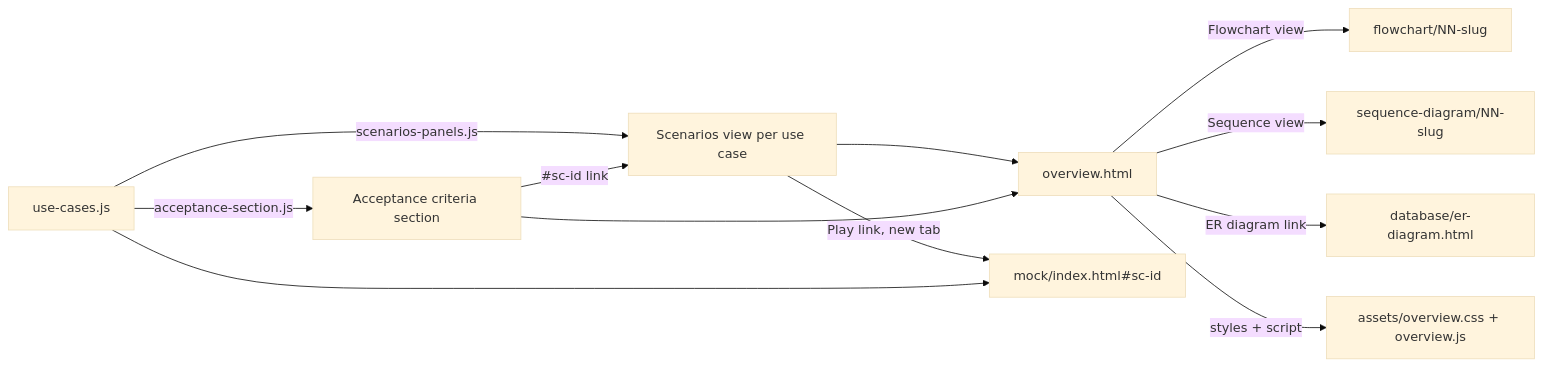
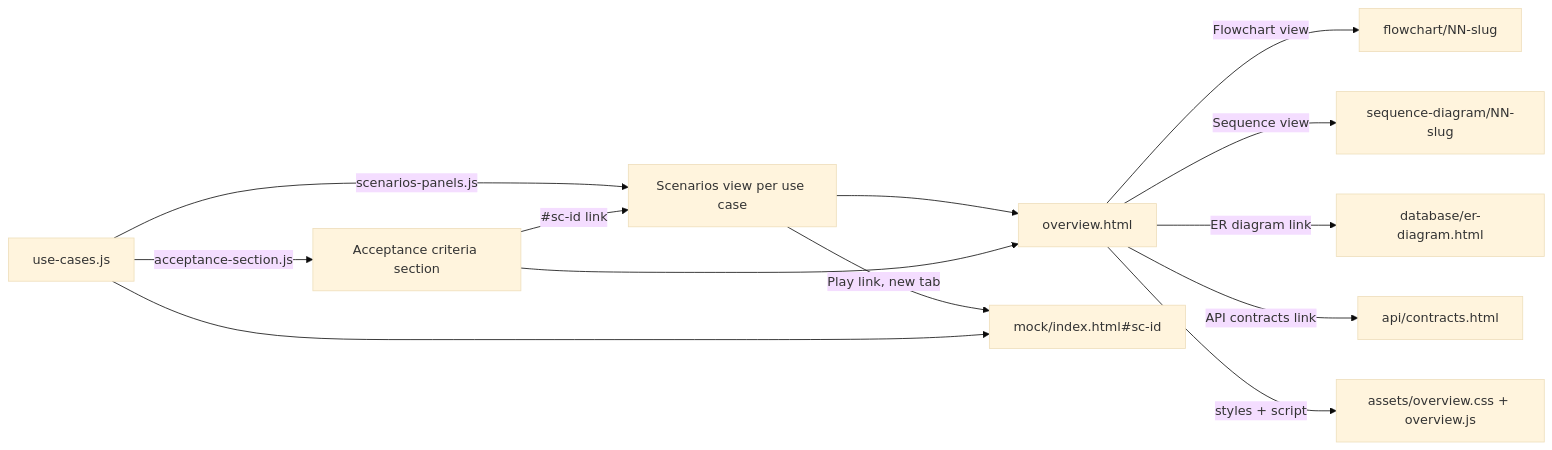
One commit to naphatwx/naphatwx-tools changed the third of 3 diagrams in plugins/naphatwx-tools/skills/design-feature/README.md. Above: the diagram before and after it, drawn with Mermaid (base theme). The commit also changed other lines of this file and 9 other files, not shown here.

First line of the commit message:
feat(design-feature): API contracts as their own board page

````diff
--- a/plugins/naphatwx-tools/skills/design-feature/README.md
+++ b/plugins/naphatwx-tools/skills/design-feature/README.md
@@ -72,14 +72,15 @@
 ```mermaid
 graph LR
     OV[overview.html] -->|"Flowchart view"| FC["flowchart/NN-slug"]
     OV -->|"Sequence view"| SQ["sequence-diagram/NN-slug"]
     OV -->|"ER diagram link"| ER[database/er-diagram.html]
+    OV -->|"API contracts link"| API[api/contracts.html]
     UCJ[use-cases.js] -->|scenarios-panels.js| SC["Scenarios view per use case"]
     UCJ -->|acceptance-section.js| AC["Acceptance criteria section"]
     SC --> OV
     AC --> OV
     AC -->|"#sc-id link"| SC
     SC -->|"Play link, new tab"| MK["mock/index.html#sc-id"]
     UCJ --> MK
     OV -->|styles + script| AS[assets/overview.css + overview.js]
 ```
````
